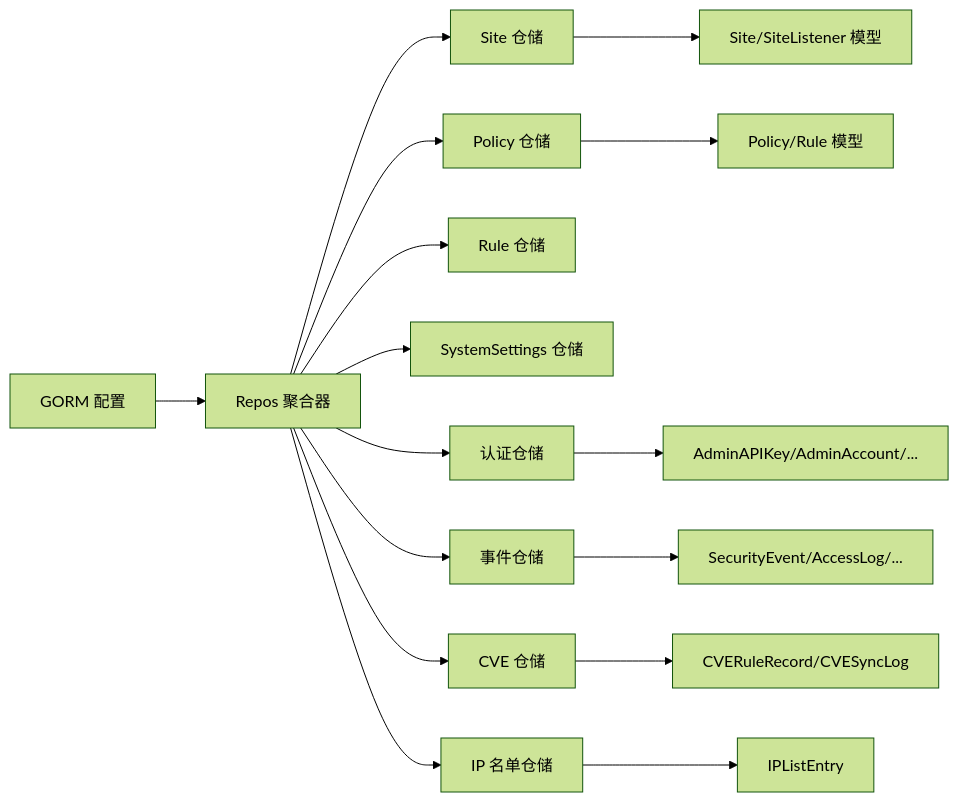
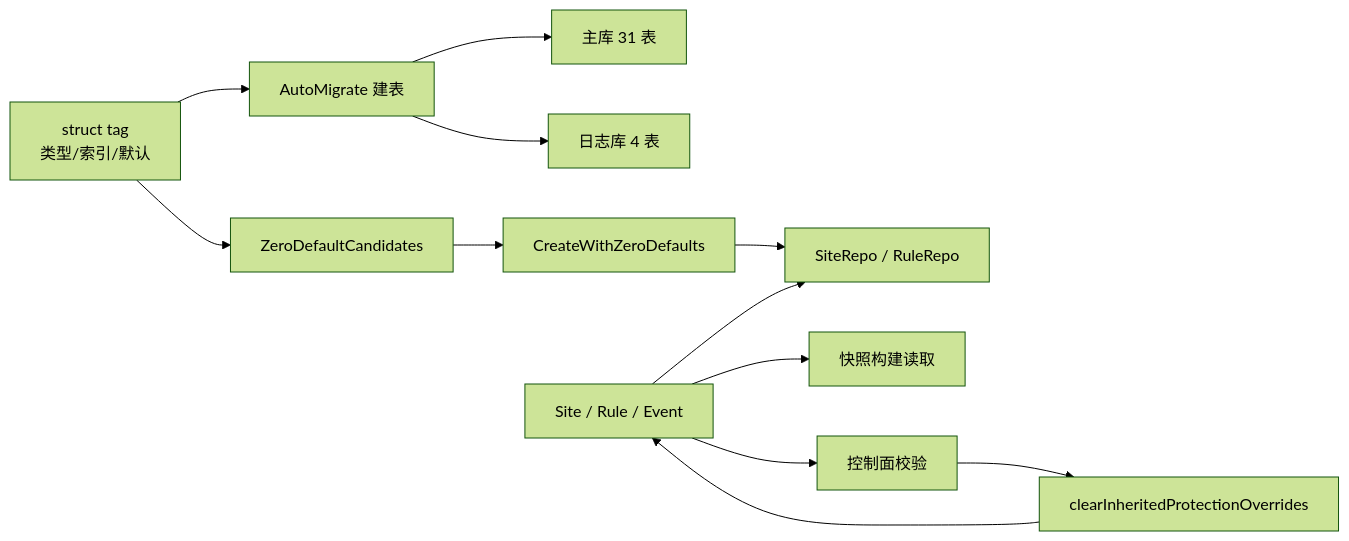
One commit to x01n/My-OpenWaf changed the fifth of 5 diagrams in docs/数据存储层/数据库模型设计.md. Above: the diagram before and after it, drawn with Mermaid (forest theme). The commit also changed other lines of this file and 622 other files, not shown here.

````diff
--- a/docs/数据存储层/数据库模型设计.md
+++ b/docs/数据存储层/数据库模型设计.md
@@ -449,18 +586,14 @@
 ```mermaid
 graph LR
-Repos["Repos 聚合器"] --> SiteRepo["Site 仓储"]
-Repos --> PolicyRepo["Policy 仓储"]
-Repos --> RuleRepo["Rule 仓储"]
-Repos --> SysRepo["SystemSettings 仓储"]
-Repos --> AuthRepo["认证仓储"]
-Repos --> EventRepo["事件仓储"]
-Repos --> CVERepo["CVE 仓储"]
-Repos --> IPRepo["IP 名单仓储"]
-GormCfg["GORM 配置"] --> Repos
-SiteRepo --> SiteModel["Site/SiteListener 模型"]
-PolicyRepo --> PolicyModel["Policy/Rule 模型"]
-AuthRepo --> AuthModel["AdminAPIKey/AdminAccount/..."]
-EventRepo --> EventModel["SecurityEvent/AccessLog/..."]
-CVERepo --> CVERecord["CVERuleRecord/CVESyncLog"]
-IPRepo --> IPEntry["IPListEntry"]
+TAG["struct tag<br/>类型/索引/默认"] --> AM["AutoMigrate 建表"]
+AM --> MAINDB["主库 31 表"]
+AM --> LOGDB["日志库 4 表"]
+TAG --> ZD["ZeroDefaultCandidates"]
+ZD --> CWZ["CreateWithZeroDefaults"]
+CWZ --> SITERP["SiteRepo / RuleRepo"]
+MODEL["Site / Rule / Event"] --> SITERP
+MODEL --> SNAP["快照构建读取"]
+MODEL --> ADMIN["控制面校验"]
+ADMIN --> CLEAR["clearInheritedProtectionOverrides"]
+CLEAR --> MODEL
 ```
````
